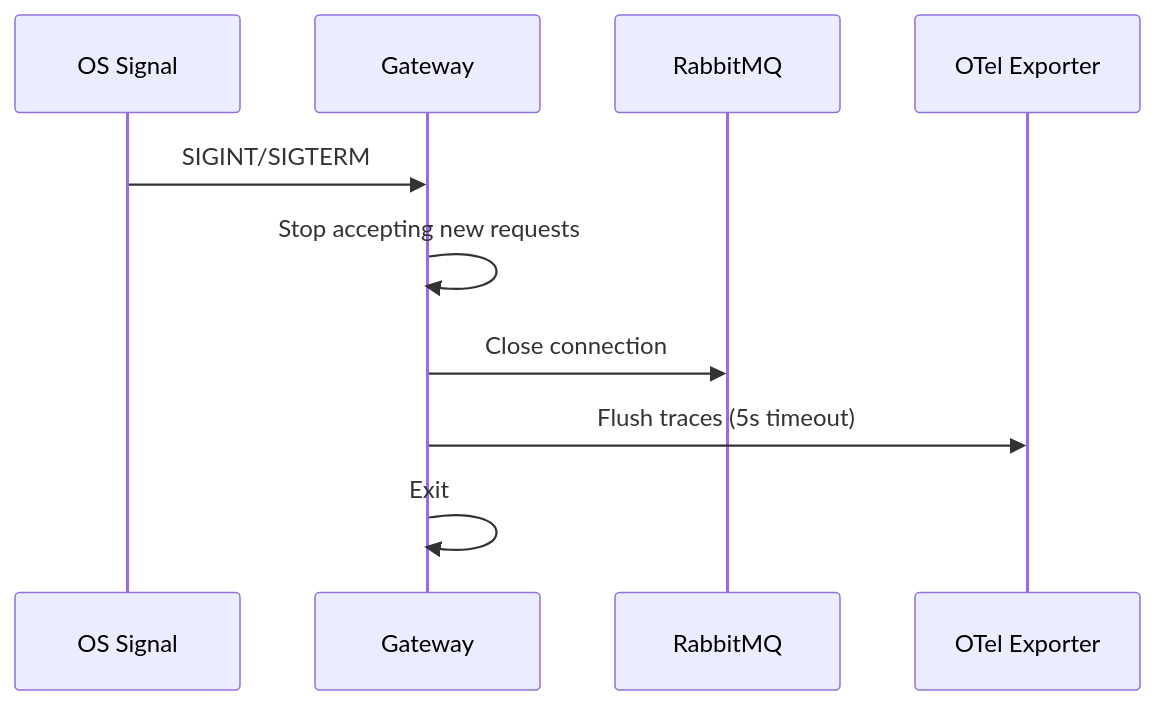
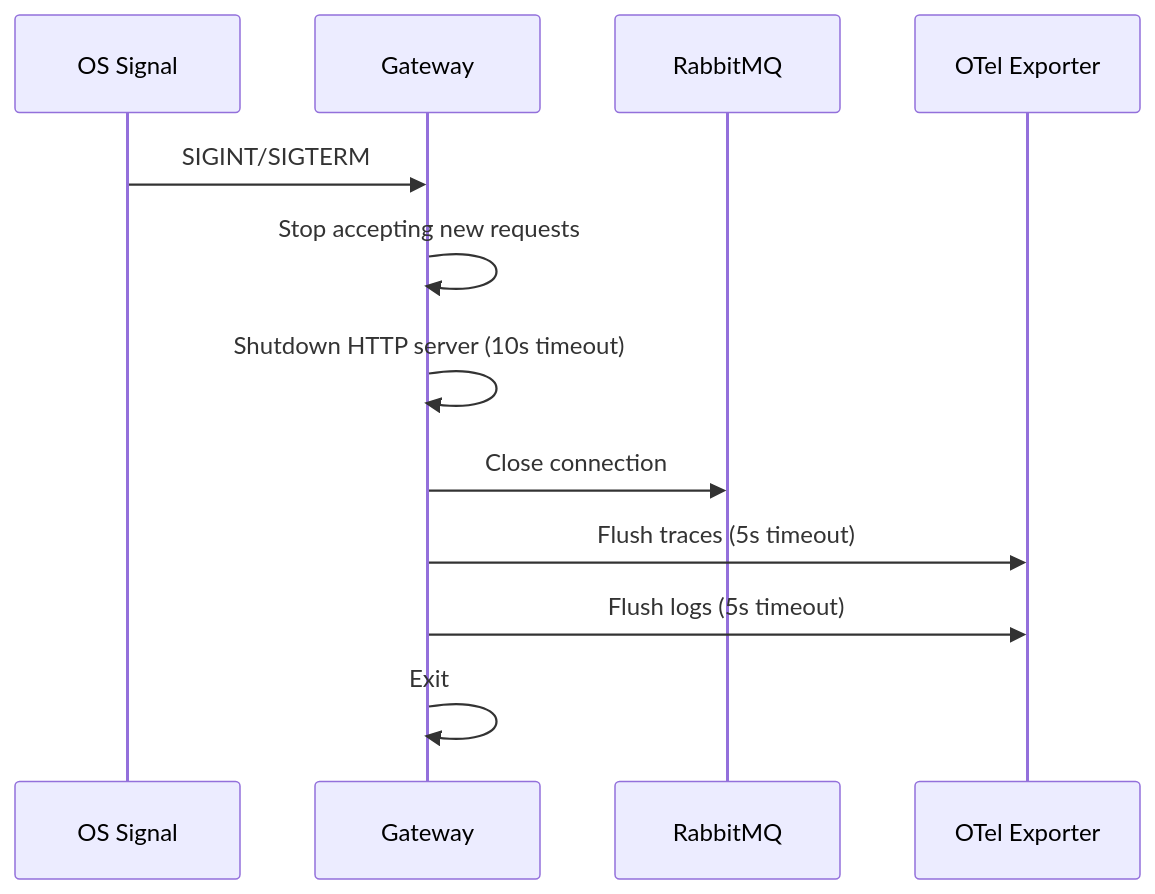
The eighth of 8 diagrams in services/payments/gateway/docs/concepts/architecture.md (kunalPisolkar24/detectAI), drawn with Mermaid before and after one commit. The commit also changed other lines of this file and 14 other files, not shown here.

````diff
--- a/services/payments/gateway/docs/concepts/architecture.md
+++ b/services/payments/gateway/docs/concepts/architecture.md
@@ -239,13 +250,15 @@
 ```mermaid
 sequenceDiagram
     participant OS as OS Signal
     participant GW as Gateway
     participant RMQ as RabbitMQ
     participant OTel as OTel Exporter
-    
+
     OS->>GW: SIGINT/SIGTERM
     GW->>GW: Stop accepting new requests
+    GW->>GW: Shutdown HTTP server (10s timeout)
     GW->>RMQ: Close connection
     GW->>OTel: Flush traces (5s timeout)
+    GW->>OTel: Flush logs (5s timeout)
     GW->>GW: Exit
 ```
````
